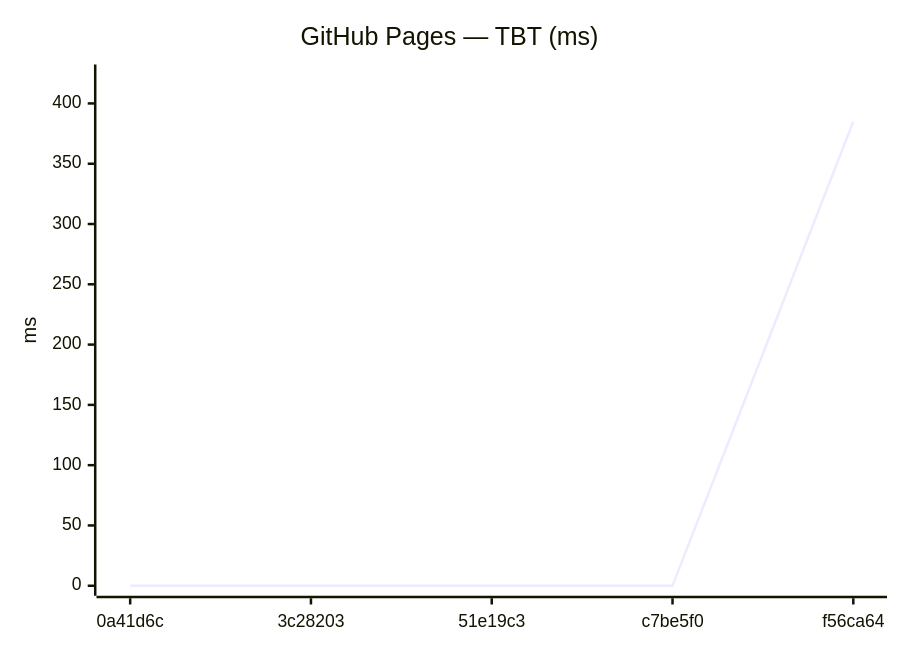
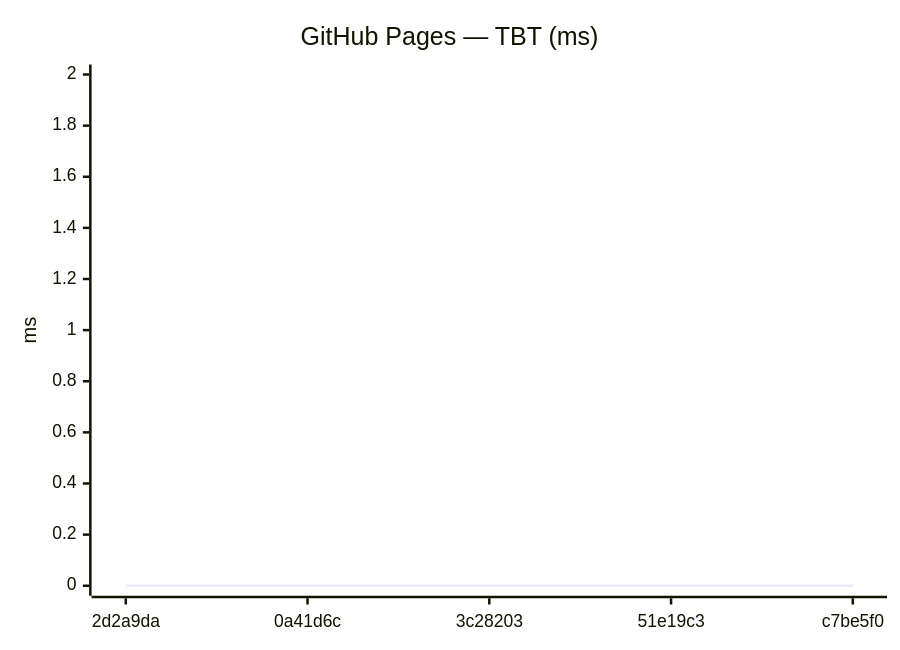
Before and after one commit to Metaheurist/Rianell: the tenth of 18 diagrams in benchmarks/compare.md, drawn with Mermaid. The commit also changed other lines of this file and 11 other files, not shown here.

````diff
--- a/benchmarks/compare.md
+++ b/benchmarks/compare.md
@@ -149,7 +149,7 @@
 ```mermaid
 xychart-beta
     title "GitHub Pages — TBT (ms)"
-    x-axis ["0a41d6c", "3c28203", "51e19c3", "c7be5f0", "f56ca64"]
-    y-axis "ms" 0 --> 424
-    line [0, 0, 0, 0, 385]
+    x-axis ["2d2a9da", "0a41d6c", "3c28203", "51e19c3", "c7be5f0"]
+    y-axis "ms" 0 --> 2
+    line [0, 0, 0, 0, 0]
 ```
````
